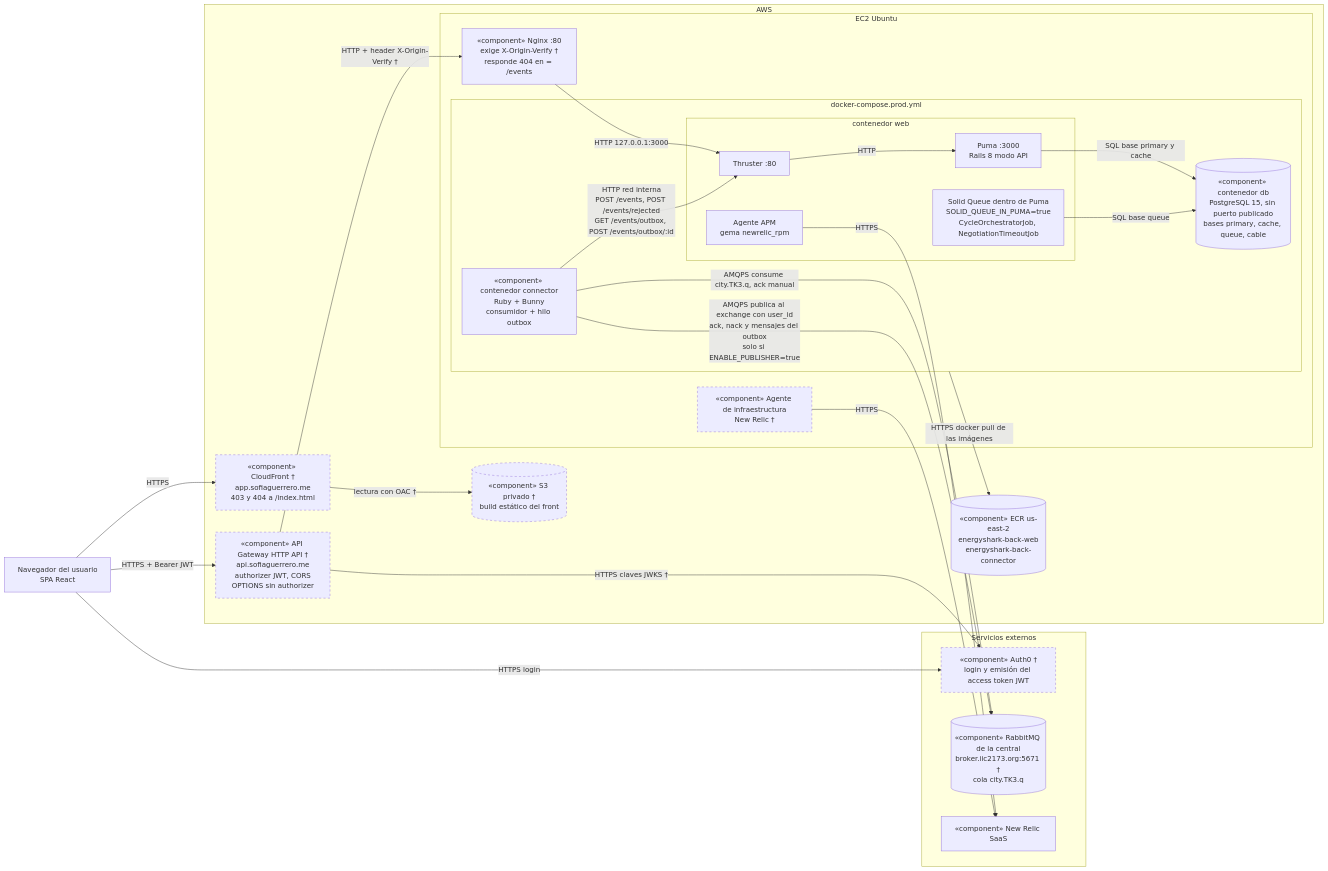
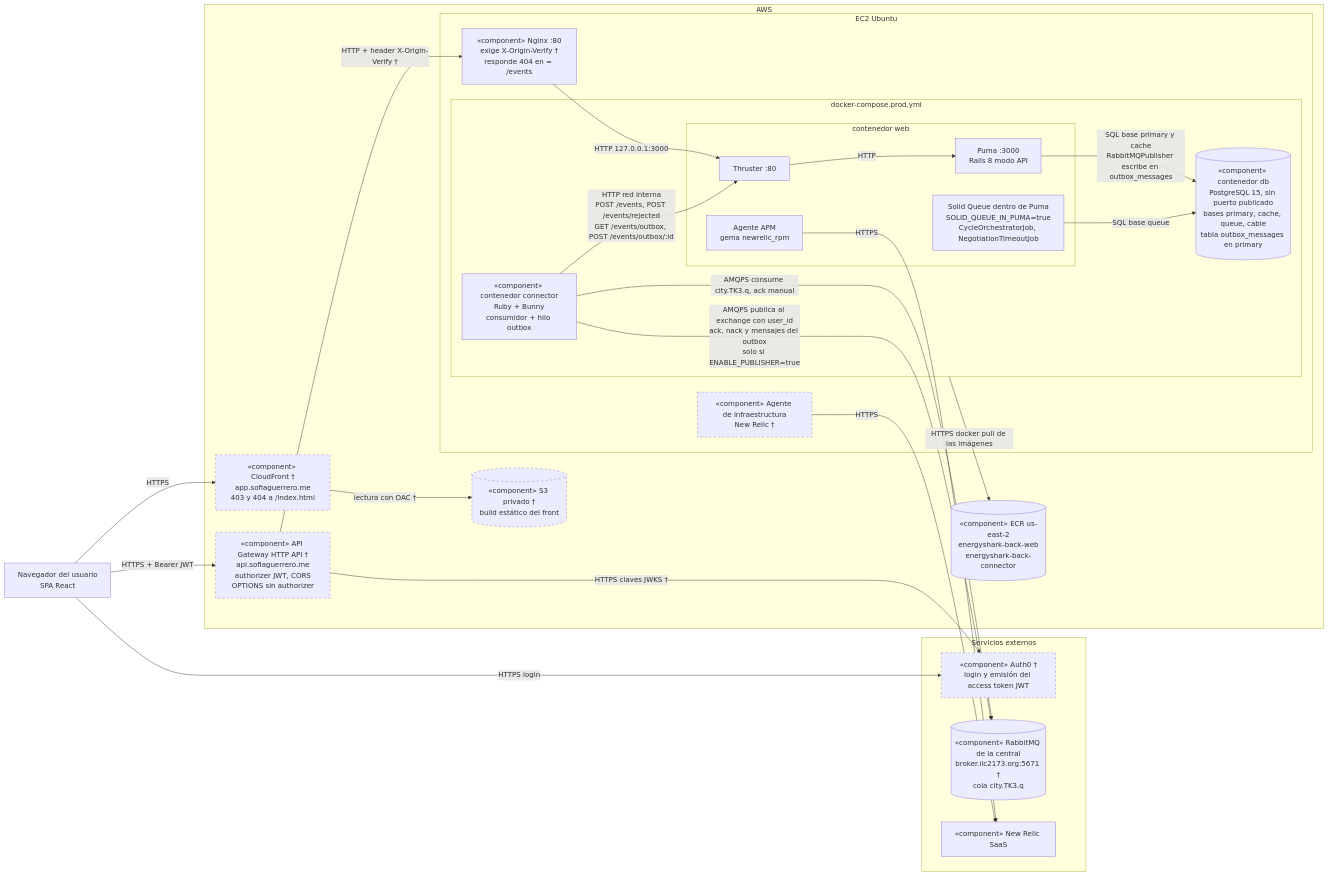
Before and after one commit to G12-Arquisis-2026-2/g12-arquisis-2026-2-back: the diagram in docs/diagramas/componentes.md, drawn with Mermaid. The commit also changed other lines of this file and 7 other files, not shown here.

Commit message:
diagramas actualizados

````diff
--- a/docs/diagramas/componentes.md
+++ b/docs/diagramas/componentes.md
@@ -9,53 +9,53 @@
 ```mermaid
 flowchart LR
   NAV["Navegador del usuario<br/>SPA React"]
 
   subgraph EXT["Servicios externos"]
     AUTH0["«component» Auth0 †<br/>login y emisión del access token JWT"]
     BROKER[("«component» RabbitMQ de la central<br/>broker.iic2173.org:5671 †<br/>cola city.TK3.q")]
     NR["«component» New Relic SaaS"]
   end
 
   subgraph AWS["AWS"]
     CF["«component» CloudFront †<br/>app.sofiaguerrero.me<br/>403 y 404 a /index.html"]
     S3[("«component» S3 privado †<br/>build estático del front")]
     APIGW["«component» API Gateway HTTP API †<br/>api.sofiaguerrero.me<br/>authorizer JWT, CORS<br/>OPTIONS sin authorizer"]
     ECR[("«component» ECR us-east-2<br/>energyshark-back-web<br/>energyshark-back-connector")]
 
     subgraph EC2["EC2 Ubuntu"]
       NGINX["«component» Nginx :80<br/>exige X-Origin-Verify †<br/>responde 404 en = /events"]
       NRI["«component» Agente de infraestructura<br/>New Relic †"]
 
       subgraph COMPOSE["docker-compose.prod.yml"]
         subgraph WEB["contenedor web"]
           THR["Thruster :80"]
           PUMA["Puma :3000<br/>Rails 8 modo API"]
           SQ["Solid Queue dentro de Puma<br/>SOLID_QUEUE_IN_PUMA=true<br/>CycleOrchestratorJob, NegotiationTimeoutJob"]
           APM["Agente APM<br/>gema newrelic_rpm"]
         end
         CONN["«component» contenedor connector<br/>Ruby + Bunny<br/>consumidor + hilo outbox"]
-        DB[("«component» contenedor db<br/>PostgreSQL 15, sin puerto publicado<br/>bases primary, cache, queue, cable")]
+        DB[("«component» contenedor db<br/>PostgreSQL 15, sin puerto publicado<br/>bases primary, cache, queue, cable<br/>tabla outbox_messages en primary")]
       end
     end
   end
 
   NAV -->|"HTTPS"| CF
   CF -->|"lectura con OAC †"| S3
   NAV -->|"HTTPS login"| AUTH0
   NAV -->|"HTTPS + Bearer JWT"| APIGW
   APIGW -->|"HTTPS claves JWKS †"| AUTH0
   APIGW -->|"HTTP + header X-Origin-Verify †"| NGINX
   NGINX -->|"HTTP 127.0.0.1:3000"| THR
   THR -->|"HTTP"| PUMA
-  PUMA -->|"SQL base primary y cache"| DB
+  PUMA -->|"SQL base primary y cache<br/>RabbitMQPublisher escribe en outbox_messages"| DB
   SQ -->|"SQL base queue"| DB
   CONN -->|"HTTP red interna<br/>POST /events, POST /events/rejected<br/>GET /events/outbox, POST /events/outbox/:id"| THR
   CONN -->|"AMQPS consume city.TK3.q, ack manual"| BROKER
   CONN -->|"AMQPS publica al exchange con user_id<br/>ack, nack y mensajes del outbox<br/>solo si ENABLE_PUBLISHER=true"| BROKER
   COMPOSE -->|"HTTPS docker pull de las imágenes"| ECR
   APM -->|"HTTPS"| NR
   NRI -->|"HTTPS"| NR
 
   classDef docdesp stroke-dasharray: 5 5
   class AUTH0,CF,S3,APIGW,NRI docdesp
 ```
````
